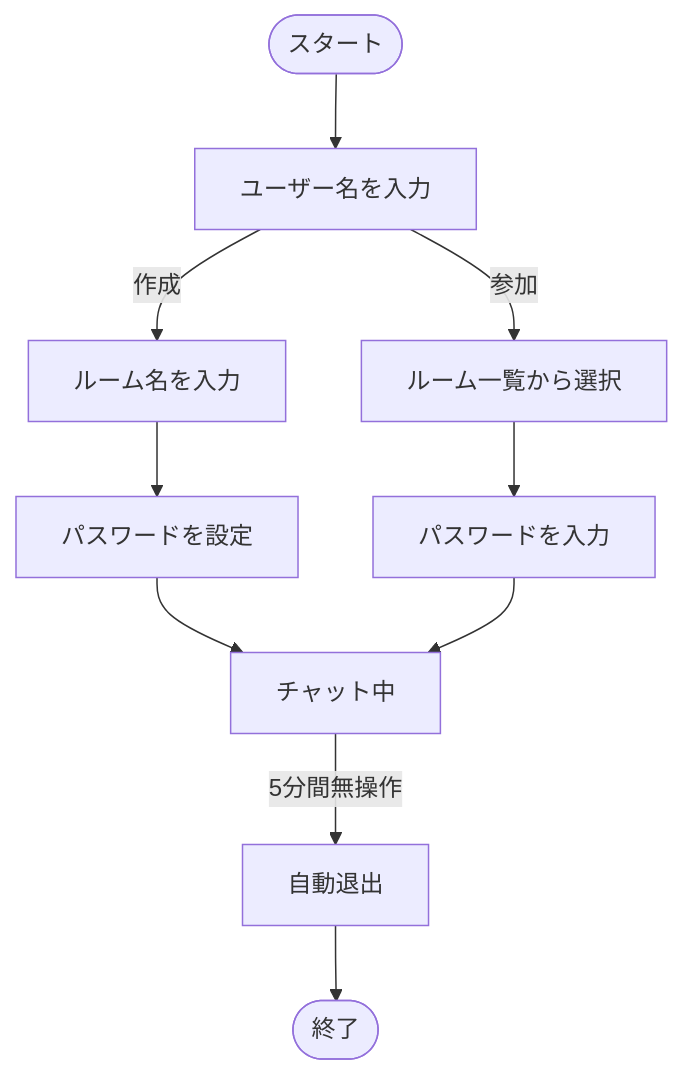
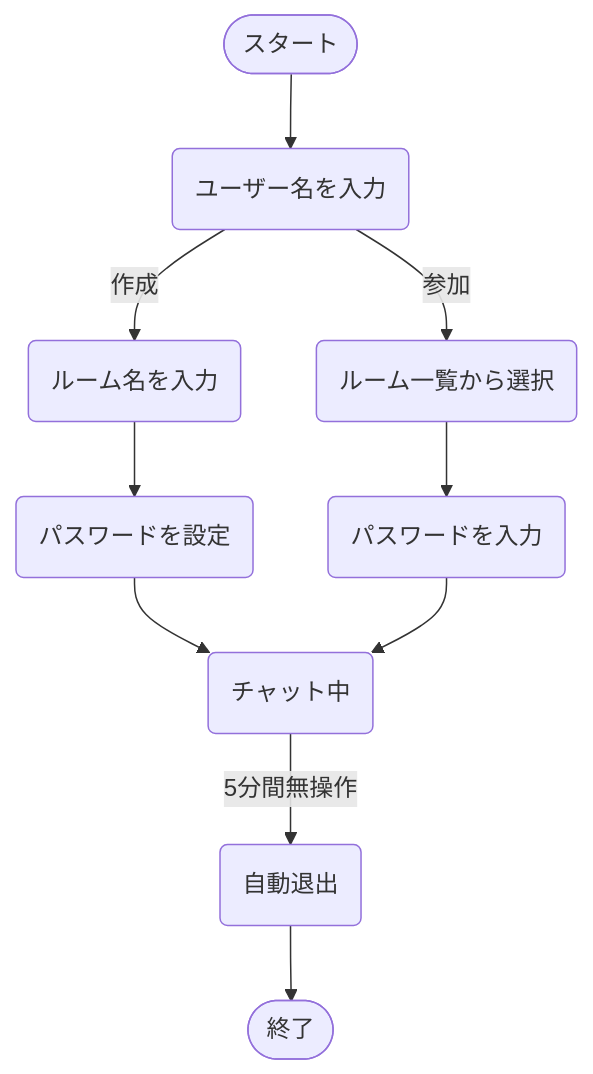
Before and after one commit to BackendExplorer/Online-Chat-Service: the first of 4 diagrams in README.md, drawn with Mermaid.

````diff
--- a/README.md
+++ b/README.md
@@ -204,19 +204,20 @@
 ```mermaid
 flowchart TD
 %%─── ノード定義 ───
 Start([スタート])
-選択["ユーザー名を入力"]
-ルーム名入力[ルーム名を入力]
-パスワード設定[パスワードを設定]
-ルーム一覧[ルーム一覧から選択]
-パスワード入力[パスワードを入力]
-チャット中[チャット中]
-自動退出[自動退出]
+選択(ユーザー名を入力)
+ルーム名入力(ルーム名を入力)
+パスワード設定(パスワードを設定)
+ルーム一覧(ルーム一覧から選択)
+パスワード入力(パスワードを入力)
+チャット中(チャット中)
+自動退出(自動退出)
 End([終了])
 
 %%─── フロー定義 ───
 Start --> 選択
 選択 -- 作成 --> ルーム名入力 --> パスワード設定 --> チャット中
 選択 -- 参加 --> ルーム一覧 --> パスワード入力 --> チャット中
 チャット中 -->|5分間無操作| 自動退出 --> End
+
 ```
````
